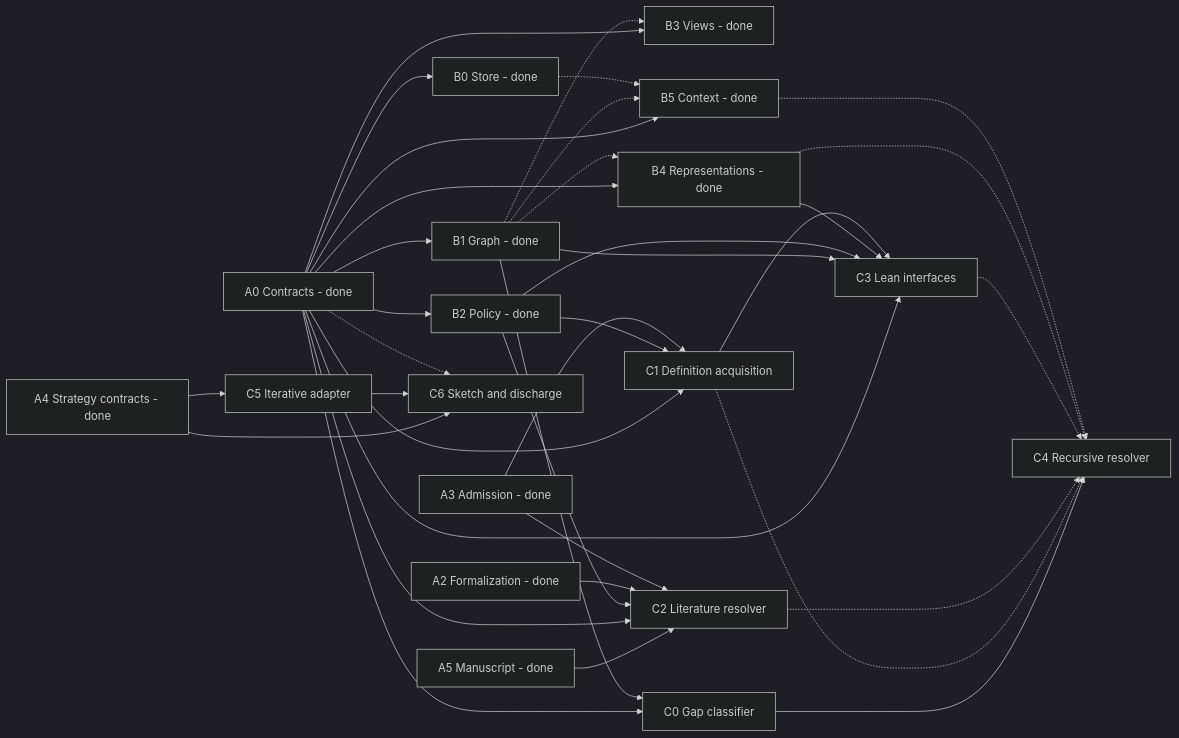
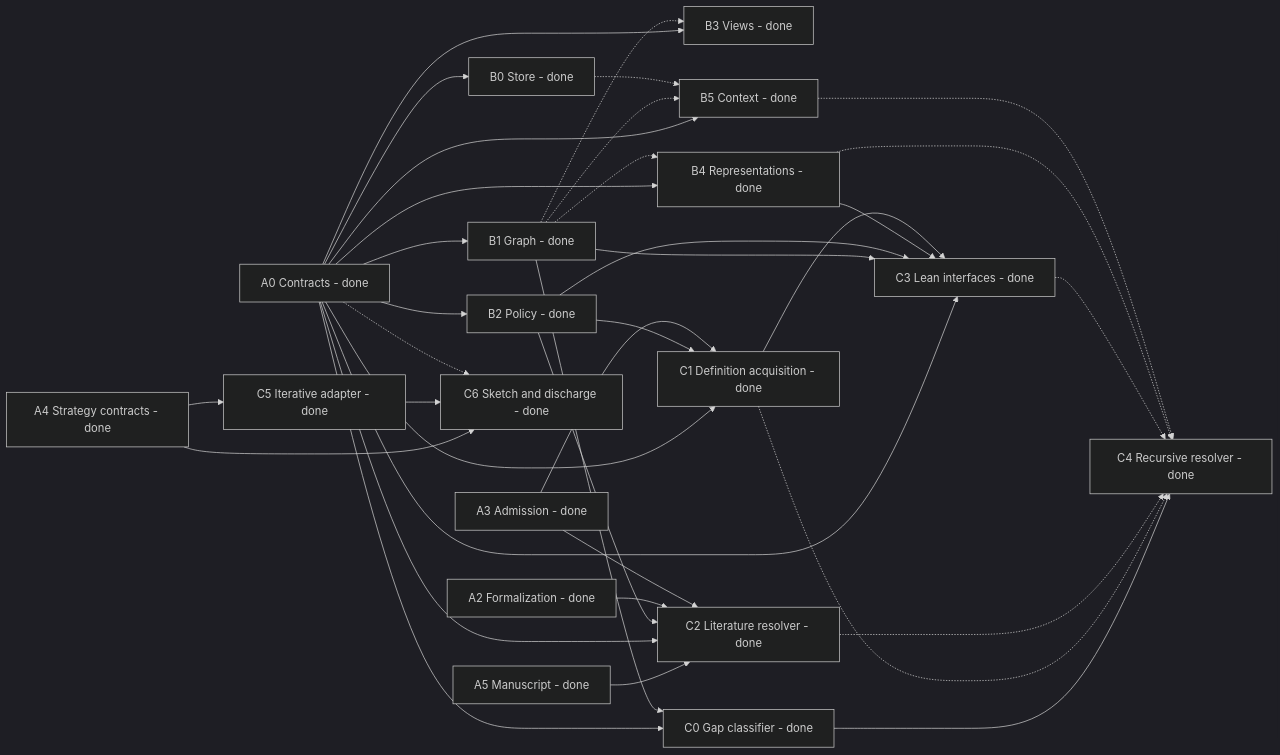
The first of 2 diagrams in TODO.md (charlesmsiegel/hardy), drawn with Mermaid (dark theme) before and after one commit. The commit also changed other lines of this file and 7 other files, not shown here.

````diff
--- a/TODO.md
+++ b/TODO.md
@@ -32,15 +32,15 @@
 ```mermaid
 flowchart LR
     A0["A0 Contracts - done"] --> B0["B0 Store - done"] & B1["B1 Graph - done"] & B2["B2 Policy - done"] & B3["B3 Views - done"] & B4["B4 Representations - done"] & B5["B5 Context - done"]
     B1 -.-> B3 & B4 & B5
     B0 -.-> B5
-    A0 & B1 --> C0["C0 Gap classifier"]
-    A0 & B2 & A3["A3 Admission - done"] --> C1["C1 Definition acquisition"]
-    A5["A5 Manuscript - done"] & A0 & B2 & A2["A2 Formalization - done"] & A3 --> C2["C2 Literature resolver"]
-    A0 & B1 & B2 & B4 & C1 --> C3["C3 Lean interfaces"]
-    C0 --> C4["C4 Recursive resolver"]
+    A0 & B1 --> C0["C0 Gap classifier - done"]
+    A0 & B2 & A3["A3 Admission - done"] --> C1["C1 Definition acquisition - done"]
+    A5["A5 Manuscript - done"] & A0 & B2 & A2["A2 Formalization - done"] & A3 --> C2["C2 Literature resolver - done"]
+    A0 & B1 & B2 & B4 & C1 --> C3["C3 Lean interfaces - done"]
+    C0 --> C4["C4 Recursive resolver - done"]
     C1 & C2 & C3 & B4 & B5 -.-> C4
-    A4["A4 Strategy contracts - done"] --> C5["C5 Iterative adapter"]
-    A4 & C5 --> C6["C6 Sketch and discharge"]
+    A4["A4 Strategy contracts - done"] --> C5["C5 Iterative adapter - done"]
+    A4 & C5 --> C6["C6 Sketch and discharge - done"]
     A0 -.-> C6
 ```
````
